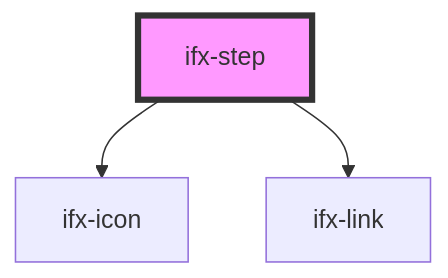
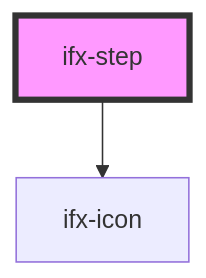
The diagram in packages/components/src/components/stepper/step/readme.md (Infineon/infineon-design-system-stencil), drawn with Mermaid before and after one commit. The commit also changed other lines of this file and 7 other files, not shown here.

Commit message:
refactor(1395): remove ifx-link wrapper of step-label

````diff
--- a/packages/components/src/components/stepper/step/readme.md
+++ b/packages/components/src/components/stepper/step/readme.md
@@ -28,6 +27,5 @@
 ```mermaid
 graph TD;
   ifx-step --> ifx-icon
-  ifx-step --> ifx-link
   style ifx-step fill:#f9f,stroke:#333,stroke-width:4px
 ```
````
